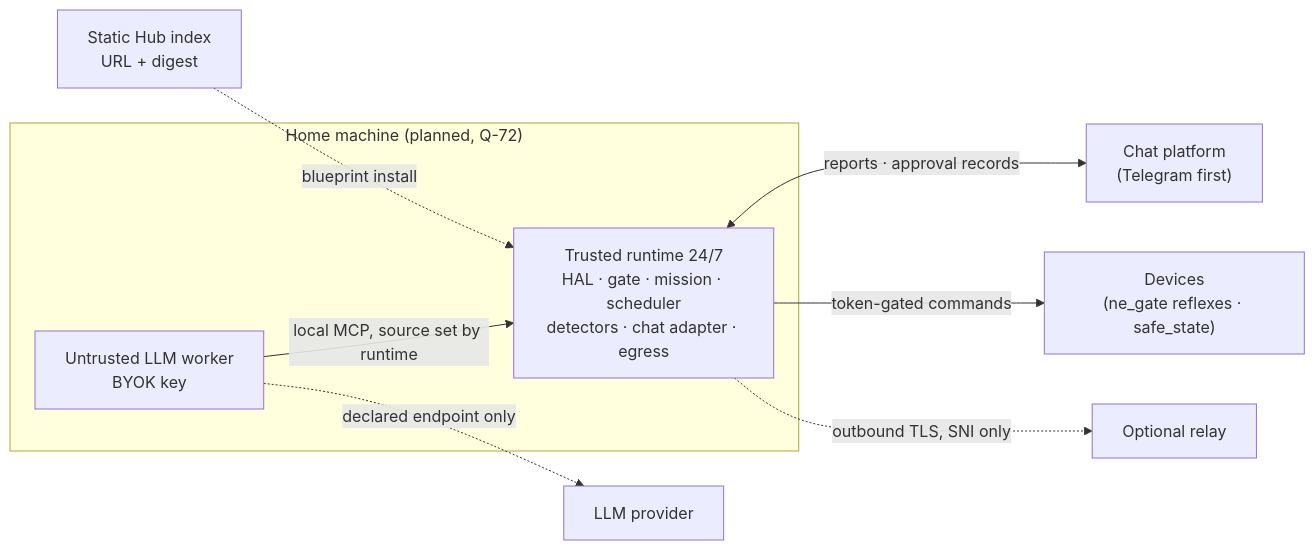
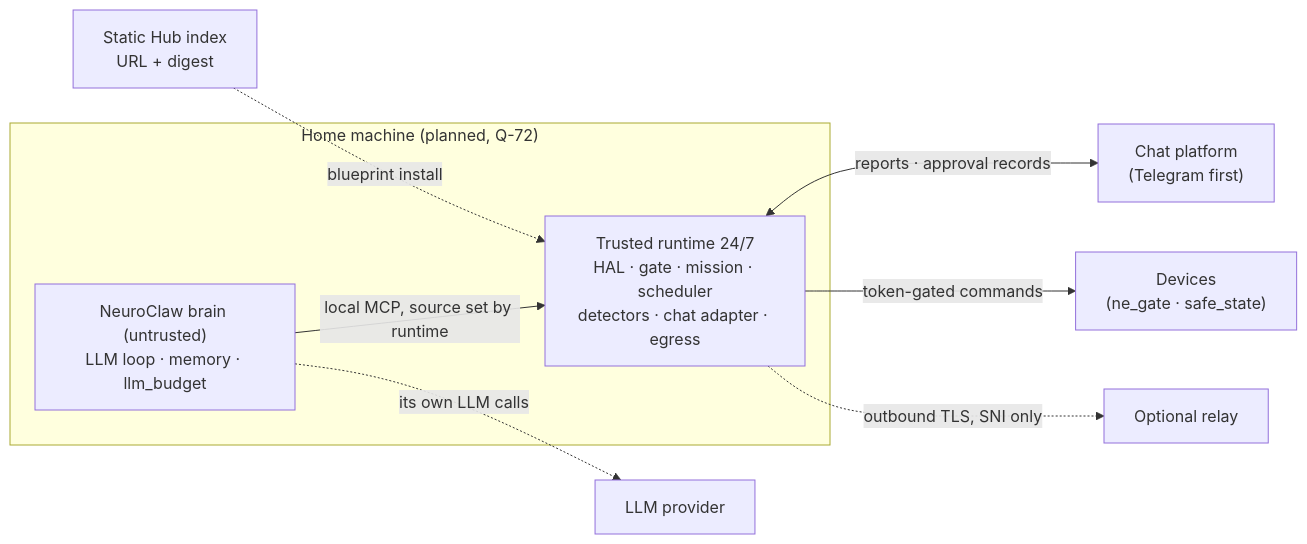
The third of 3 diagrams in docs/architecture/vi/15-target-architecture.md (letrongminh/neuroedge-init), drawn with Mermaid before and after one commit. The commit also changed other lines of this file and 63 other files, not shown here.

````diff
--- a/docs/architecture/vi/15-target-architecture.md
+++ b/docs/architecture/vi/15-target-architecture.md
@@ -243,13 +216,13 @@
 ```mermaid
 flowchart LR
     subgraph HOME["Home machine (planned, Q-72)"]
         RT["Trusted runtime 24/7<br/>HAL · gate · mission · scheduler<br/>detectors · chat adapter · egress"]
-        W["Untrusted LLM worker<br/>BYOK key"]
+        W["NeuroClaw brain (untrusted)<br/>LLM loop · memory · llm_budget"]
     end
     W -->|"local MCP, source set by runtime"| RT
-    W -.->|"declared endpoint only"| LLM["LLM provider"]
+    W -.->|"its own LLM calls"| LLM["LLM provider"]
     RT <-->|"reports · approval records"| CH["Chat platform<br/>(Telegram first)"]
-    RT -->|"token-gated commands"| DEV["Devices<br/>(ne_gate reflexes · safe_state)"]
+    RT -->|"token-gated commands"| DEV["Devices<br/>(ne_gate · safe_state)"]
     RT -.->|"outbound TLS, SNI only"| RELAY["Optional relay"]
     HUB["Static Hub index<br/>URL + digest"] -.->|"blueprint install"| RT
 ```
````
